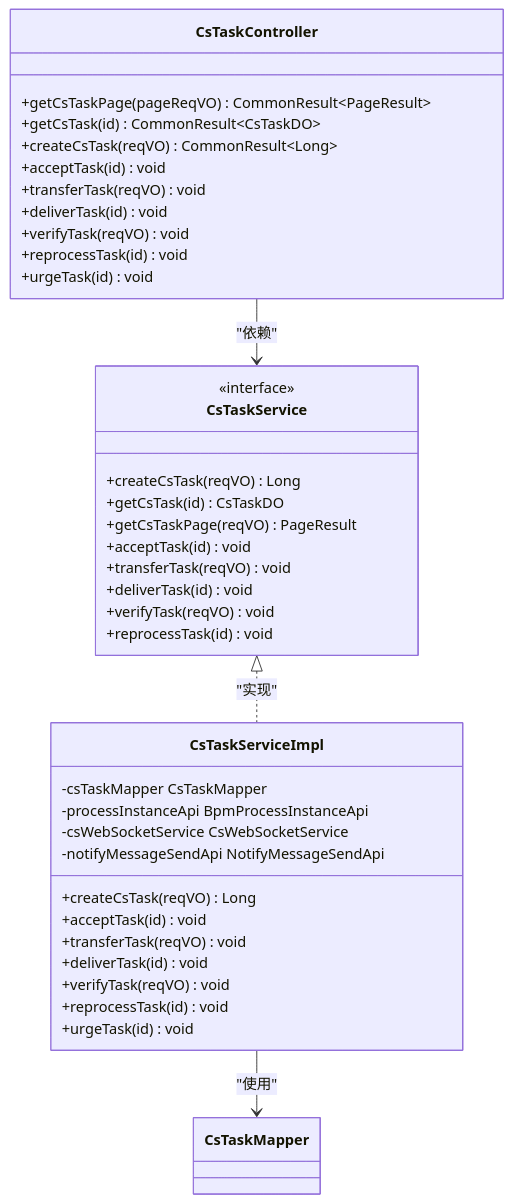
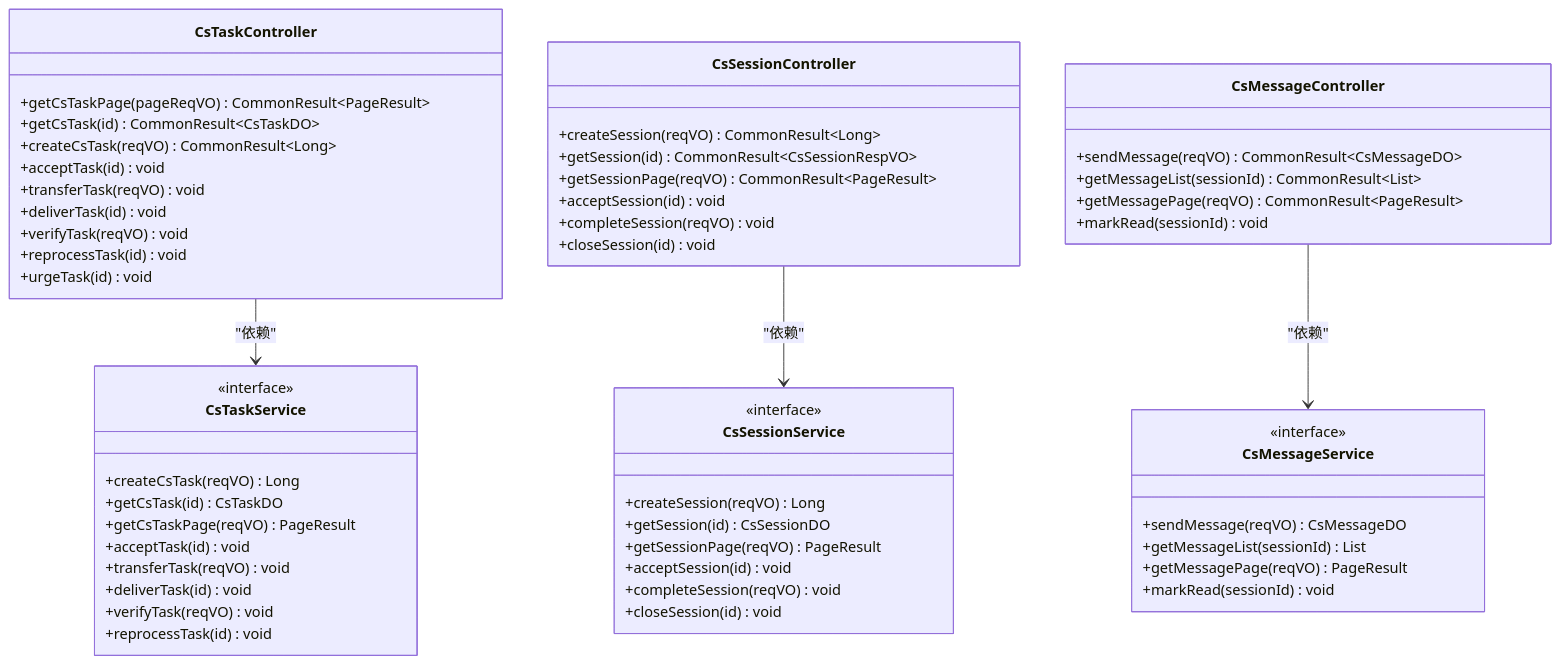
Before and after one commit to xiaoche80s-tech/rouyi-vue-pro: the third of 16 diagrams in .qoder/repowiki/zh/content/核心模块/客户服务模块.md, drawn with Mermaid. The commit also changed other lines of this file and 598 other files, not shown here.

````diff
--- a/.qoder/repowiki/zh/content/核心模块/客户服务模块.md
+++ b/.qoder/repowiki/zh/content/核心模块/客户服务模块.md
@@ -176,41 +222,58 @@
 ```mermaid
 classDiagram
 class CsTaskController {
 +getCsTaskPage(pageReqVO) CommonResult~PageResult~
 +getCsTask(id) CommonResult~CsTaskDO~
 +createCsTask(reqVO) CommonResult~Long~
 +acceptTask(id) void
 +transferTask(reqVO) void
 +deliverTask(id) void
 +verifyTask(reqVO) void
 +reprocessTask(id) void
 +urgeTask(id) void
 }
+class CsSessionController {
++createSession(reqVO) CommonResult~Long~
++getSession(id) CommonResult~CsSessionRespVO~
++getSessionPage(reqVO) CommonResult~PageResult~
++acceptSession(id) void
++completeSession(reqVO) void
++closeSession(id) void
+}
+class CsMessageController {
++sendMessage(reqVO) CommonResult~CsMessageDO~
++getMessageList(sessionId) CommonResult~List~
++getMessagePage(reqVO) CommonResult~PageResult~
++markRead(sessionId) void
+}
 class CsTaskService {
 <<interface>>
 +createCsTask(reqVO) Long
 +getCsTask(id) CsTaskDO
 +getCsTaskPage(reqVO) PageResult
 +acceptTask(id) void
 +transferTask(reqVO) void
 +deliverTask(id) void
 +verifyTask(reqVO) void
 +reprocessTask(id) void
 }
-class CsTaskServiceImpl {
--csTaskMapper CsTaskMapper
--processInstanceApi BpmProcessInstanceApi
--csWebSocketService CsWebSocketService
--notifyMessageSendApi NotifyMessageSendApi
-+createCsTask(reqVO) Long
-+acceptTask(id) void
-+transferTask(reqVO) void
-+deliverTask(id) void
-+verifyTask(reqVO) void
-+reprocessTask(id) void
-+urgeTask(id) void
+class CsSessionService {
+<<interface>>
++createSession(reqVO) Long
++getSession(id) CsSessionDO
++getSessionPage(reqVO) PageResult
++acceptSession(id) void
++completeSession(reqVO) void
++closeSession(id) void
+}
+class CsMessageService {
+<<interface>>
++sendMessage(reqVO) CsMessageDO
++getMessageList(sessionId) List
++getMessagePage(reqVO) PageResult
++markRead(sessionId) void
 }
 CsTaskController --> CsTaskService : "依赖"
-CsTaskService <|.. CsTaskServiceImpl : "实现"
-CsTaskServiceImpl --> CsTaskMapper : "使用"
+CsSessionController --> CsSessionService : "依赖"
+CsMessageController --> CsMessageService : "依赖"
 ```
````
